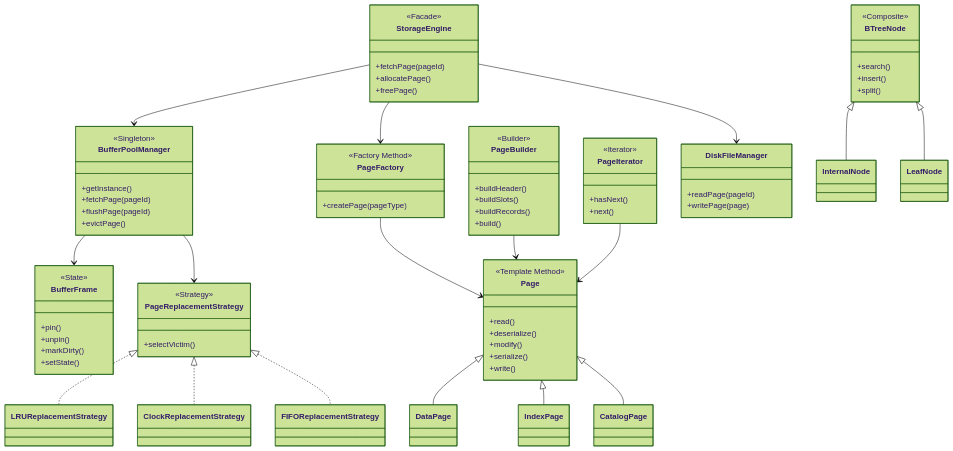
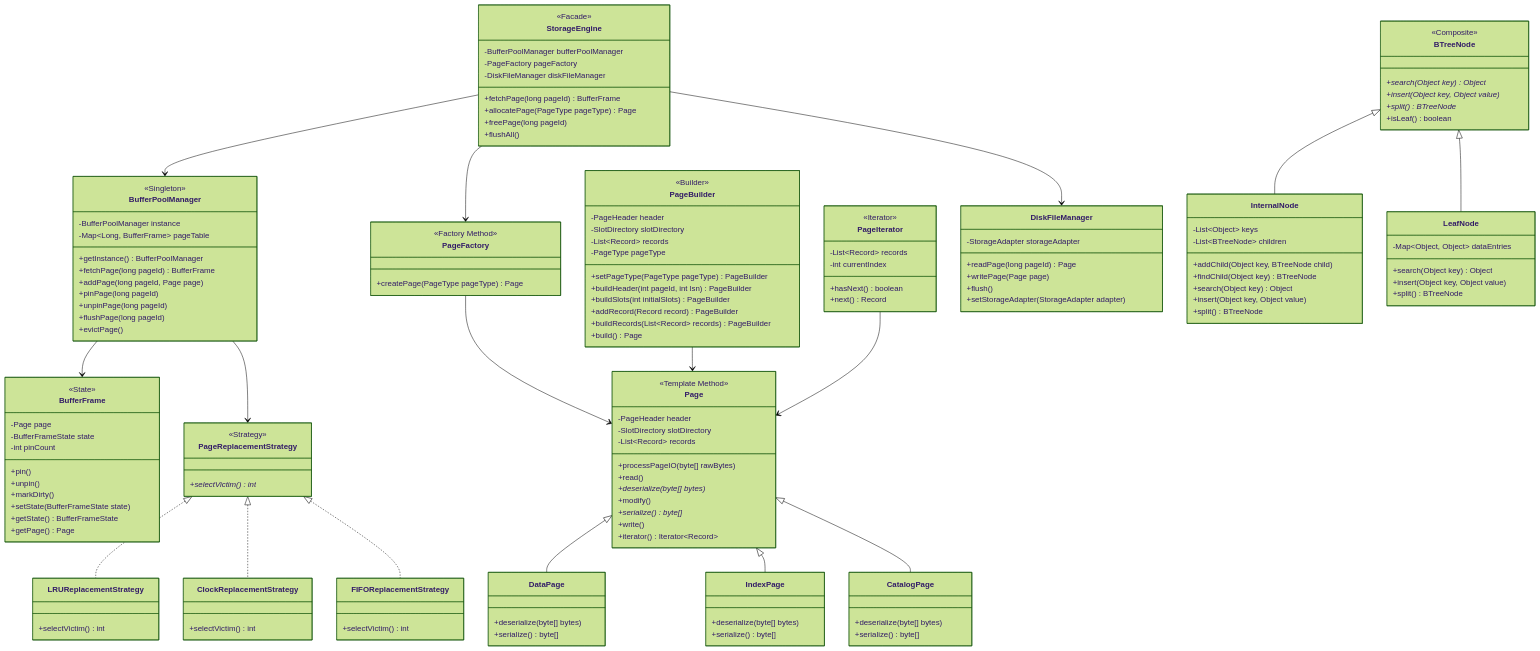
The diagram in docs/class_diagram/storage_engine/StorageEngine.md (Dikhang1112/Database_Management_BBV), drawn with Mermaid (forest theme) before and after one commit. The commit also changed 36 other files, not shown here.

```diff
--- a/docs/class_diagram/storage_engine/StorageEngine.md
+++ b/docs/class_diagram/storage_engine/StorageEngine.md
@@ -7,10 +7,14 @@
 %% =====================================================
 
 class StorageEngine{
-<<Facade>>
-+fetchPage(pageId)
-+allocatePage()
-+freePage()
+    <<Facade>>
+    -BufferPoolManager bufferPoolManager
+    -PageFactory pageFactory
+    -DiskFileManager diskFileManager
+    +fetchPage(long pageId) BufferFrame
+    +allocatePage(PageType pageType) Page
+    +freePage(long pageId)
+    +flushAll()
 }
 
 %% =====================================================
@@ -18,11 +22,16 @@
 %% =====================================================
 
 class BufferPoolManager{
-<<Singleton>>
-+getInstance()
-+fetchPage(pageId)
-+flushPage(pageId)
-+evictPage()
+    <<Singleton>>
+    -BufferPoolManager instance
+    -Map~Long, BufferFrame~ pageTable
+    +getInstance() BufferPoolManager
+    +fetchPage(long pageId) BufferFrame
+    +addPage(long pageId, Page page)
+    +pinPage(long pageId)
+    +unpinPage(long pageId)
+    +flushPage(long pageId)
+    +evictPage()
 }
 
 %% =====================================================
@@ -30,21 +39,27 @@
 %% =====================================================
 
 class PageReplacementStrategy{
-<<Strategy>>
-+selectVictim()
+    <<Strategy>>
+    +selectVictim()* int
 }
 
-class LRUReplacementStrategy
-class ClockReplacementStrategy
-class FIFOReplacementStrategy
+class LRUReplacementStrategy{
+    +selectVictim() int
+}
+class ClockReplacementStrategy{
+    +selectVictim() int
+}
+class FIFOReplacementStrategy{
+    +selectVictim() int
+}
 
 %% =====================================================
 %% 4. PAGE CREATION
 %% =====================================================
 
 class PageFactory{
-<<Factory Method>>
-+createPage(pageType)
+    <<Factory Method>>
+    +createPage(PageType pageType) Page
 }
 
 %% =====================================================
@@ -52,28 +67,47 @@
 %% =====================================================
 
 class Page{
-<<Template Method>>
-+read()
-+deserialize()
-+modify()
-+serialize()
-+write()
+    <<Template Method>>
+    -PageHeader header
+    -SlotDirectory slotDirectory
+    -List~Record~ records
+    +processPageIO(byte[] rawBytes)
+    +read()
+    +deserialize(byte[] bytes)*
+    +modify()
+    +serialize()* byte[]
+    +write()
+    +iterator() Iterator~Record~
 }
 
-class DataPage
-class IndexPage
-class CatalogPage
+class DataPage{
+    +deserialize(byte[] bytes)
+    +serialize() byte[]
+}
+class IndexPage{
+    +deserialize(byte[] bytes)
+    +serialize() byte[]
+}
+class CatalogPage{
+    +deserialize(byte[] bytes)
+    +serialize() byte[]
+}
 
 %% =====================================================
 %% 6. BUFFER FRAME
 %% =====================================================
 
 class BufferFrame{
-<<State>>
-+pin()
-+unpin()
-+markDirty()
-+setState()
+    <<State>>
+    -Page page
+    -BufferFrameState state
+    -int pinCount
+    +pin()
+    +unpin()
+    +markDirty()
+    +setState(BufferFrameState state)
+    +getState() BufferFrameState
+    +getPage() Page
 }
 
 %% =====================================================
@@ -81,11 +115,17 @@
 %% =====================================================
 
 class PageBuilder{
-<<Builder>>
-+buildHeader()
-+buildSlots()
-+buildRecords()
-+build()
+    <<Builder>>
+    -PageHeader header
+    -SlotDirectory slotDirectory
+    -List~Record~ records
+    -PageType pageType
+    +setPageType(PageType pageType) PageBuilder
+    +buildHeader(int pageId, int lsn) PageBuilder
+    +buildSlots(int initialSlots) PageBuilder
+    +addRecord(Record record) PageBuilder
+    +buildRecords(List~Record~ records) PageBuilder
+    +build() Page
 }
 
 %% =====================================================
@@ -93,9 +133,11 @@
 %% =====================================================
 
 class PageIterator{
-<<Iterator>>
-+hasNext()
-+next()
+    <<Iterator>>
+    -List~Record~ records
+    -int currentIndex
+    +hasNext() boolean
+    +next() Record
 }
 
 %% =====================================================
@@ -103,22 +145,40 @@
 %% =====================================================
 
 class BTreeNode{
-<<Composite>>
-+search()
-+insert()
-+split()
+    <<Composite>>
+    +search(Object key)* Object
+    +insert(Object key, Object value)*
+    +split()* BTreeNode
+    +isLeaf() boolean
 }
 
-class InternalNode
-class LeafNode
+class InternalNode{
+    -List~Object~ keys
+    -List~BTreeNode~ children
+    +addChild(Object key, BTreeNode child)
+    +findChild(Object key) BTreeNode
+    +search(Object key) Object
+    +insert(Object key, Object value)
+    +split() BTreeNode
+}
+
+class LeafNode{
+    -Map~Object, Object~ dataEntries
+    +search(Object key) Object
+    +insert(Object key, Object value)
+    +split() BTreeNode
+}
 
 %% =====================================================
 %% 10. DISK ACCESS
 %% =====================================================
 
 class DiskFileManager{
-+readPage(pageId)
-+writePage(page)
+    -StorageAdapter storageAdapter
+    +readPage(long pageId) Page
+    +writePage(Page page)
+    +flush()
+    +setStorageAdapter(StorageAdapter adapter)
 }
 
 %% =====================================================
```
